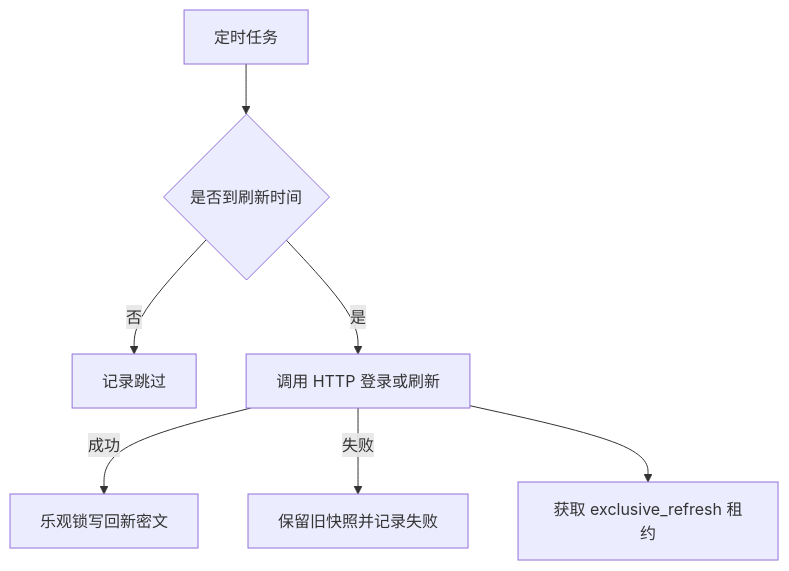
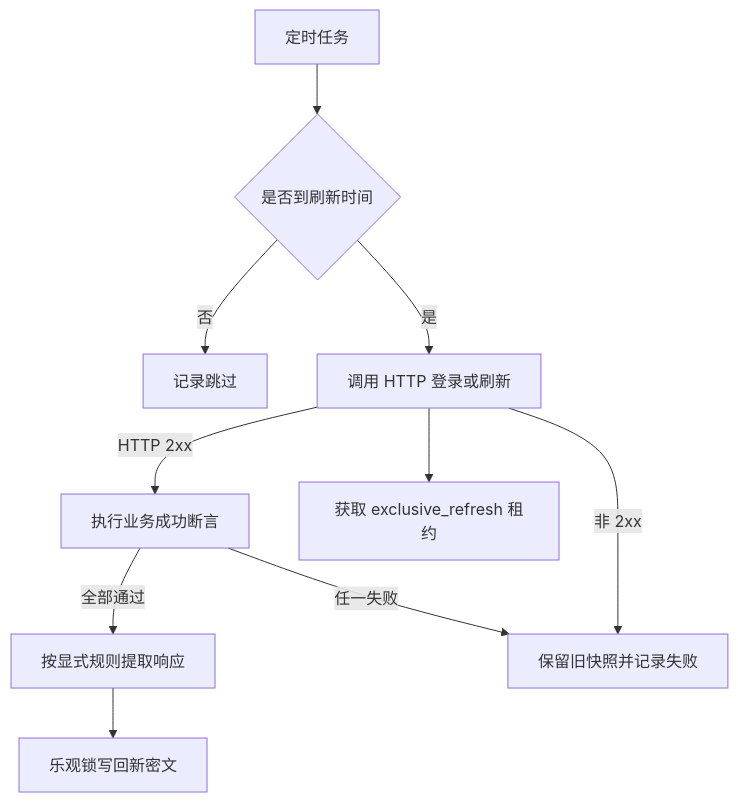
The diagram in wiki/flows/credential-refresh.md (diaodeng/ApiTestPlatform), drawn with Mermaid before and after one commit. The commit also changed other lines of this file and 22 other files, not shown here.

````diff
--- a/wiki/flows/credential-refresh.md
+++ b/wiki/flows/credential-refresh.md
@@ -12,9 +15,12 @@
 ```mermaid
 graph TD
   A[定时任务] --> B{是否到刷新时间}
   B -->|否| C[记录跳过]
   B -->|是| D[调用 HTTP 登录或刷新]
-  D -->|成功| E[乐观锁写回新密文]
-  D -->|失败| F[保留旧快照并记录失败]
+  D -->|HTTP 2xx| E[执行业务成功断言]
+  E -->|全部通过| H[按显式规则提取响应]
+  H --> I[乐观锁写回新密文]
+  E -->|任一失败| F[保留旧快照并记录失败]
+  D -->|非 2xx| F
   D --> G[获取 exclusive_refresh 租约]
 ```
````
